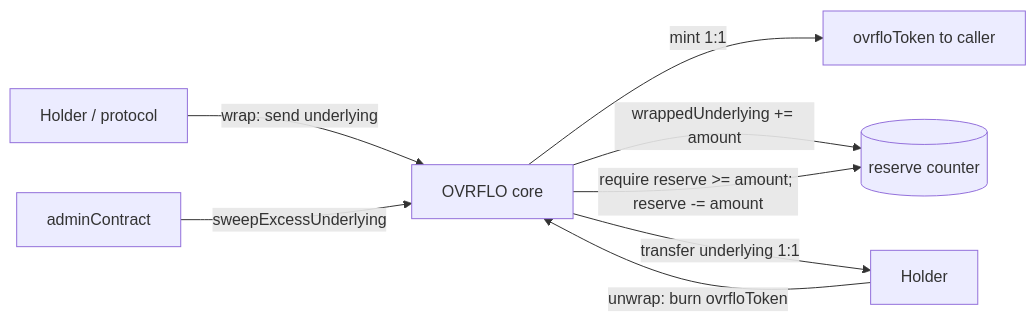
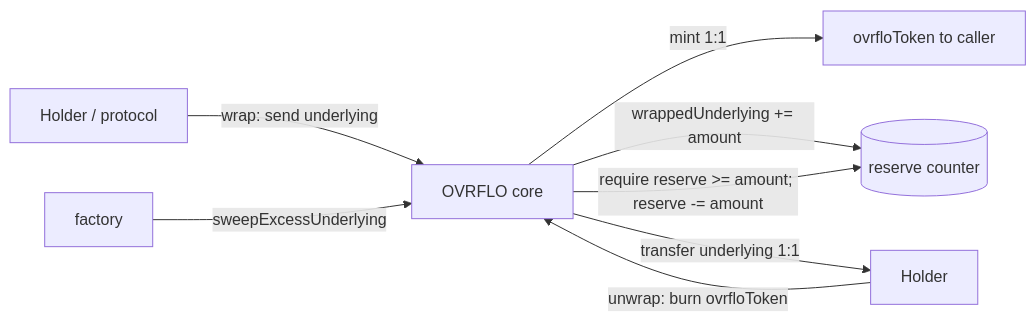
Before and after one commit to ayeslick/OVRFLO: the diagram in docs/plans/2026-06-20-002-feat-ovrflo-wrap-unwrap-plan.md, drawn with Mermaid. The commit also changed other lines of this file and 19 other files, not shown here.

First line of the commit message:
feat: fix factory deployment/management gaps + make admin immutable

````diff
--- a/docs/plans/2026-06-20-002-feat-ovrflo-wrap-unwrap-plan.md
+++ b/docs/plans/2026-06-20-002-feat-ovrflo-wrap-unwrap-plan.md
@@ -138,10 +138,10 @@
 ```mermaid
 flowchart LR
   U[Holder / protocol] -->|wrap: send underlying| W[OVRFLO core]
   W -->|mint 1:1| OT[ovrfloToken to caller]
   W -->|wrappedUnderlying += amount| RES[(reserve counter)]
   U2[Holder] -->|unwrap: burn ovrfloToken| W
   W -->|require reserve >= amount; reserve -= amount| RES
   W -->|transfer underlying 1:1| U2
-  ADMIN[adminContract] -->|sweepExcessUnderlying| W
+  ADMIN[factory] -->|sweepExcessUnderlying| W
 ```
````
